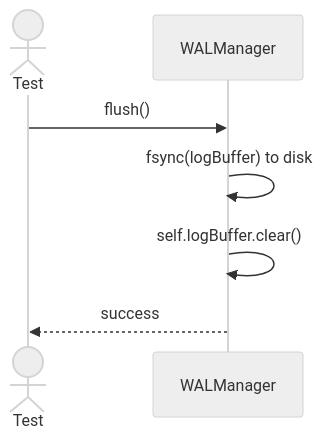
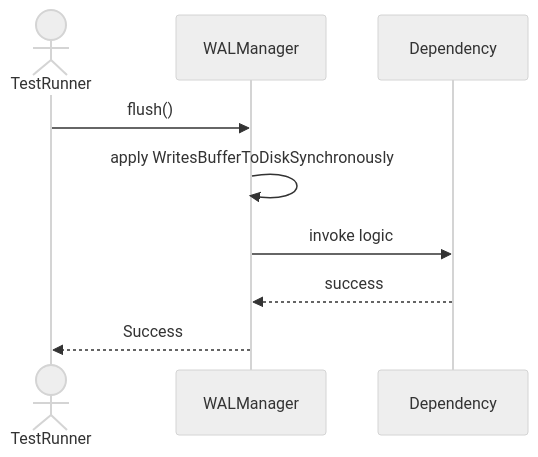
Before and after one commit to TamBui1706/DBMS: the second of 7 diagrams in Sequences/BackupDurability/WALManager.md, drawn with Mermaid (neutral theme). The commit also changed other lines of this file and 63 other files, not shown here.

Commit message:
Draw sequence diagram for unit tests

````diff
--- a/Sequences/BackupDurability/WALManager.md
+++ b/Sequences/BackupDurability/WALManager.md
@@ -27,10 +33,10 @@
 ```mermaid
 sequenceDiagram
-    actor Test
+    actor TestRunner
     participant WALManager
-
-    Test->>WALManager: flush()
-    WALManager->>WALManager: fsync(logBuffer) to disk
-    WALManager->>WALManager: self.logBuffer.clear()
-    WALManager-->>Test: success
+    TestRunner->>WALManager: flush()
+    WALManager->>WALManager: apply WritesBufferToDiskSynchronously
+    WALManager->>Dependency: invoke logic
+    Dependency-->>WALManager: success
+    WALManager-->>TestRunner: Success
 ```
````
